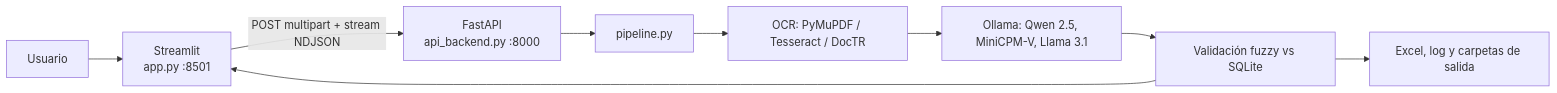
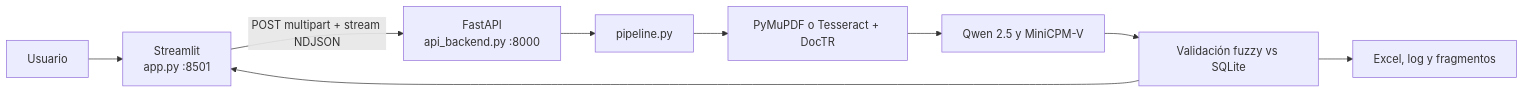
Before and after one commit to jose-JQ/manpac: the first of 2 diagrams in README.md, drawn with Mermaid. The commit also changed other lines of this file and 1 other file, not shown here.

````diff
--- a/README.md
+++ b/README.md
@@ -33,11 +34,11 @@
 ```mermaid
 flowchart LR
     usuario[Usuario] --> ui[Streamlit<br/>app.py :8501]
     ui -->|POST multipart + stream NDJSON| api[FastAPI<br/>api_backend.py :8000]
     api --> pipe[pipeline.py]
-    pipe --> ocr[OCR: PyMuPDF / Tesseract / DocTR]
-    ocr --> llm[Ollama: Qwen 2.5, MiniCPM-V, Llama 3.1]
+    pipe --> ocr[PyMuPDF o Tesseract + DocTR]
+    ocr --> llm[Qwen 2.5 y MiniCPM-V]
     llm --> val[Validación fuzzy vs SQLite]
-    val --> out[Excel, log y carpetas de salida]
+    val --> out[Excel, log y fragmentos]
     val --> ui
 ```
````
